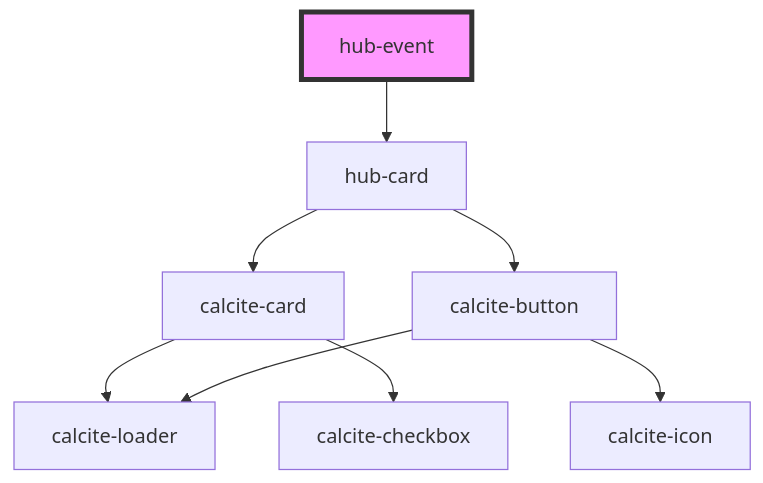
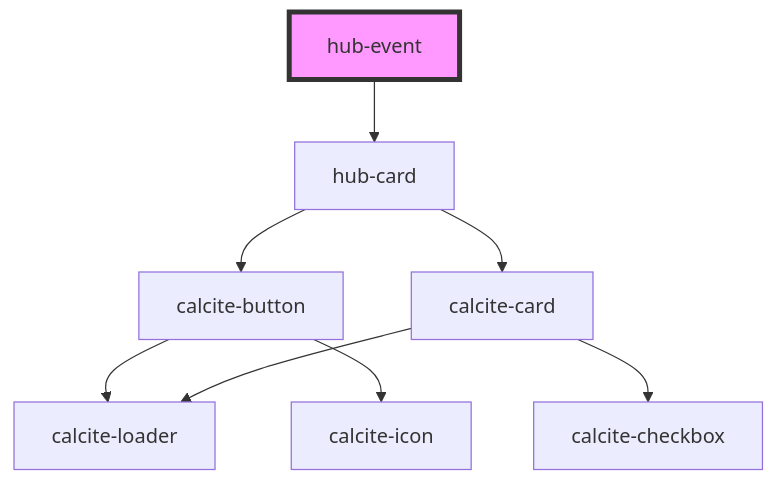
One commit to esridc/hub-components-experiments changed the diagram in src/components/hub-event/readme.md. Above: the diagram before and after it, drawn with Mermaid. The commit also changed other lines of this file and 18 other files, not shown here.

Commit message:
Added Hub member and profile card

````diff
--- a/src/components/hub-event/readme.md
+++ b/src/components/hub-event/readme.md
@@ -31,11 +31,11 @@
 ```mermaid
 graph TD;
   hub-event --> hub-card
+  hub-card --> calcite-button
   hub-card --> calcite-card
-  hub-card --> calcite-button
+  calcite-button --> calcite-loader
+  calcite-button --> calcite-icon
   calcite-card --> calcite-loader
   calcite-card --> calcite-checkbox
-  calcite-button --> calcite-loader
-  calcite-button --> calcite-icon
   style hub-event fill:#f9f,stroke:#333,stroke-width:4px
 ```
````
